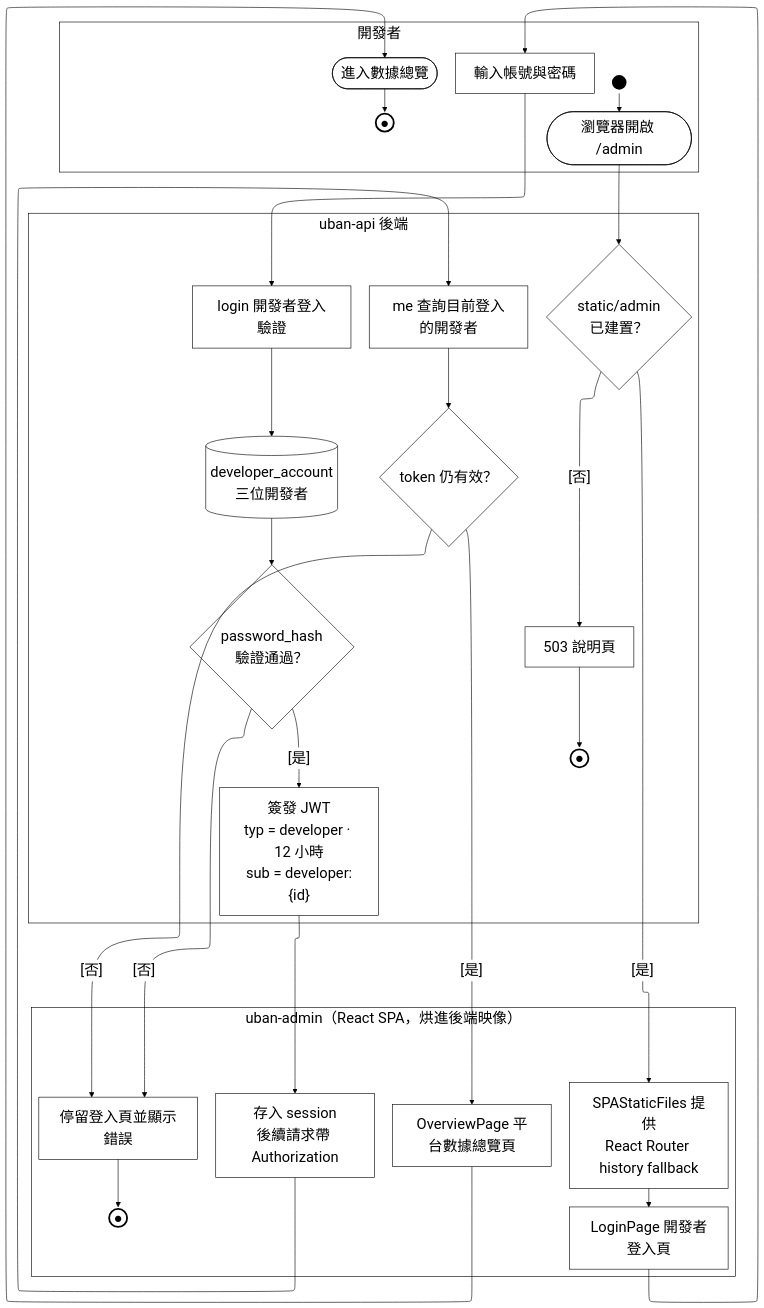
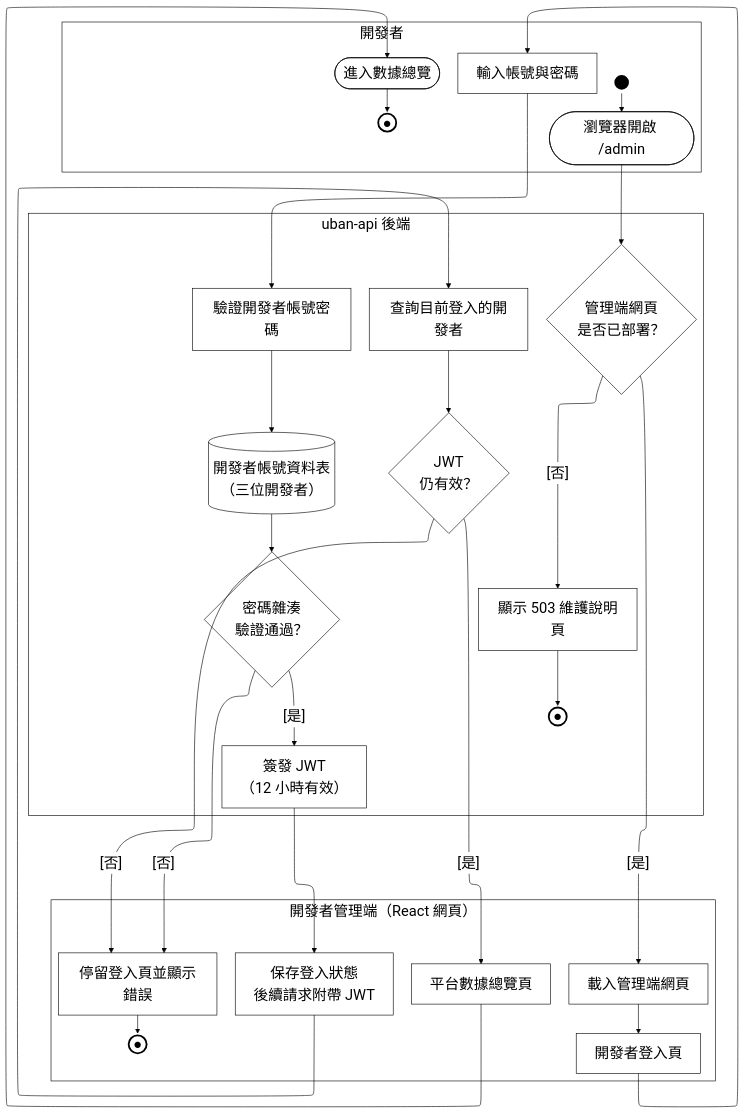
The diagram in Uban System Documents/mermaid原始碼/A23-開發者登入.mmd (HuangYu-Kai/Uban), drawn with Mermaid before and after one commit. The commit also changed 32 other files, not shown here.

```diff
--- a/Uban System Documents/mermaid原始碼/A23-開發者登入.mmd
+++ b/Uban System Documents/mermaid原始碼/A23-開發者登入.mmd
@@ -1,60 +1,60 @@
 %%{init:{"layout":"elk","elk":{"mergeEdges":false,"nodePlacementStrategy":"NETWORK_SIMPLEX"},"flowchart":{"htmlLabels":true},"themeVariables":{"clusterBkg":"#FFFFFF","clusterBorder":"#000000","edgeLabelBackground":"#FFFFFF","textColor":"#000000","nodeTextColor":"#000000","titleColor":"#000000","lineColor":"#000000","fontSize":"24px"}}}%%
 flowchart TD
   subgraph ROLE["開發者"]
     PAD_ROLE["&nbsp;&nbsp;&nbsp;&nbsp;&nbsp;&nbsp;&nbsp;&nbsp;&nbsp;&nbsp;&nbsp;&nbsp;&nbsp;&nbsp;&nbsp;&nbsp;&nbsp;&nbsp;&nbsp;&nbsp;&nbsp;&nbsp;&nbsp;&nbsp;&nbsp;&nbsp;&nbsp;&nbsp;&nbsp;&nbsp;&nbsp;&nbsp;&nbsp;&nbsp;&nbsp;&nbsp;&nbsp;&nbsp;&nbsp;&nbsp;&nbsp;&nbsp;&nbsp;&nbsp;&nbsp;&nbsp;&nbsp;&nbsp;&nbsp;&nbsp;&nbsp;&nbsp;&nbsp;&nbsp;&nbsp;&nbsp;&nbsp;&nbsp;"]:::pad
     ST_S1(("&nbsp;")):::term
     S1([瀏覽器開啟 /admin]):::act
     S2["輸入帳號與密碼"]:::act
     S3(["進入數據總覽"]):::act
     EN_S3(("●")):::endterm
   end
-  subgraph FE["uban-admin（React SPA，烘進後端映像）"]
-    A1["SPAStaticFiles 提供<br/>React Router history fallback"]:::act
-    A2["LoginPage 開發者登入頁"]:::act
-    A3["存入 session<br/>後續請求帶 Authorization"]:::act
+  subgraph FE["開發者管理端（React 網頁）"]
+    A1["載入管理端網頁"]:::act
+    A2["開發者登入頁"]:::act
+    A3["保存登入狀態<br/>後續請求附帶 JWT"]:::act
     A4["停留登入頁並顯示錯誤"]:::act
     EN_A4(("●")):::endterm
-    A5["OverviewPage 平台數據總覽頁"]:::act
+    A5["平台數據總覽頁"]:::act
   end
   subgraph BE["uban-api 後端"]
     PAD_BE["&nbsp;&nbsp;&nbsp;&nbsp;&nbsp;&nbsp;&nbsp;&nbsp;&nbsp;&nbsp;&nbsp;&nbsp;&nbsp;&nbsp;&nbsp;&nbsp;&nbsp;&nbsp;&nbsp;&nbsp;&nbsp;&nbsp;&nbsp;&nbsp;&nbsp;&nbsp;&nbsp;&nbsp;"]:::pad
-    B0{"static/admin<br/>已建置？"}:::dec
-    B1["503 說明頁"]:::act
+    B0{"管理端網頁<br/>是否已部署？"}:::dec
+    B1["顯示 503 維護說明頁"]:::act
     EN_B1(("●")):::endterm
-    B2["login 開發者登入驗證"]:::act
-    B3{"password_hash<br/>驗證通過？"}:::dec
-    B4["簽發 JWT<br/>typ = developer · 12 小時<br/>sub = developer:{id}"]:::act
-    B5["me 查詢目前登入的開發者"]:::act
-    B6{"token 仍有效？"}:::dec
-    DB[("developer_account<br/>三位開發者")]:::act
+    B2["驗證開發者帳號密碼"]:::act
+    B3{"密碼雜湊<br/>驗證通過？"}:::dec
+    B4["簽發 JWT<br/>（12 小時有效）"]:::act
+    B5["查詢目前登入的開發者"]:::act
+    B6{"JWT<br/>仍有效？"}:::dec
+    DB[("開發者帳號資料表<br/>（三位開發者）")]:::act
   end
 
   ST_S1 --> S1
   S1 --> B0
   B0 -->|"[否]"| B1
   B0 -->|"[是]"| A1
   A1 --> A2
   A2 --> S2
   S2 --> B2
   B2 --> DB
   DB --> B3
   B3 -->|"[否]"| A4
   B3 -->|"[是]"| B4
   B4 --> A3
   A3 --> B5
   B5 --> B6
   B6 -->|"[否]"| A4
   B6 -->|"[是]"| A5
   A5 --> S3
   S3 --> EN_S3
   A4 --> EN_A4
   B1 --> EN_B1
   %% 鎖住泳道順序：ELK 不照宣告順序排，沒有這條鏈後端會跑到最上面
   ROLE ~~~ FE ~~~ BE
 
   classDef pad  fill:none,stroke:none,color:#FFFFFF
   classDef act  fill:#FFFFFF,stroke:#000000,stroke-width:1px,color:#000000
   classDef dec  fill:#FFFFFF,stroke:#000000,stroke-width:1px,color:#000000
   classDef term fill:#000000,stroke:#000000,stroke-width:3px,color:#000000
   classDef endterm fill:#FFFFFF,stroke:#000000,stroke-width:3px,color:#000000
   classDef gap  fill:#FFFFFF,stroke:#000000,stroke-width:1px,color:#000000,stroke-dasharray:4 3
```
